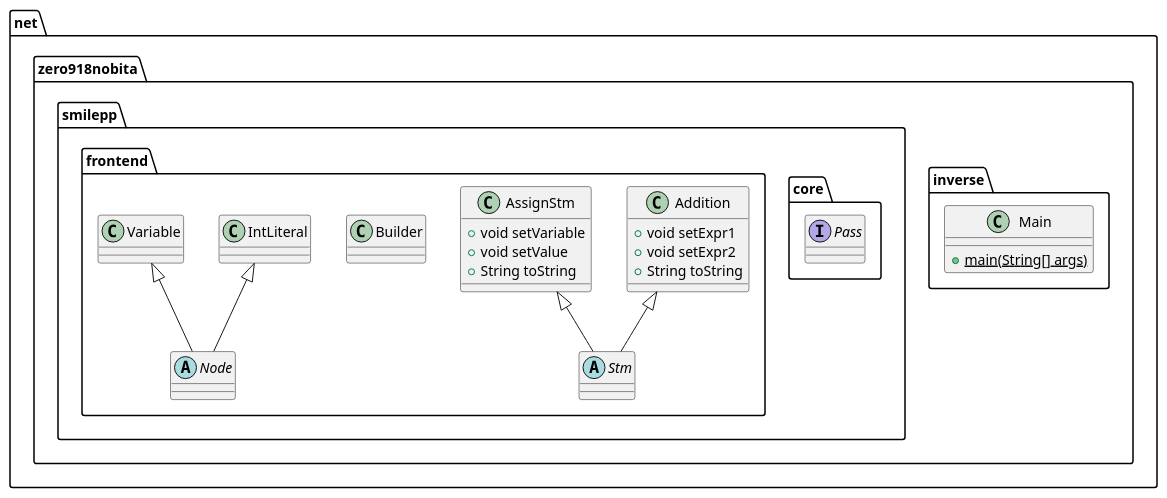
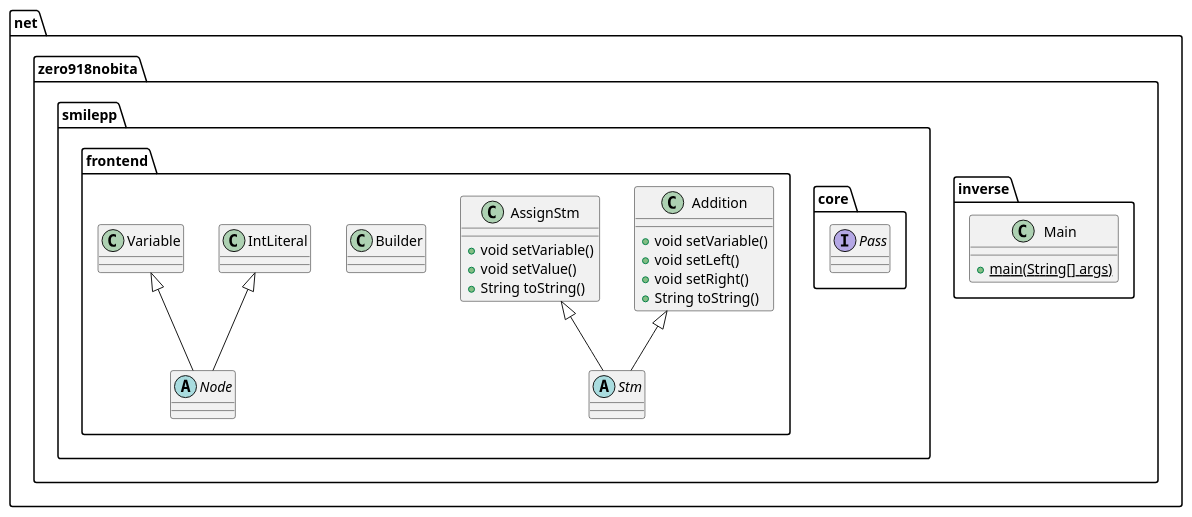
One commit to 0918nobita/Smile-pp changed the diagram in Smilepp/class_diagram.puml. Above: the diagram before and after it, drawn with PlantUML. The commit also changed 2 other files, not shown here.

```diff
--- a/Smilepp/class_diagram.puml
+++ b/Smilepp/class_diagram.puml
@@ -1,41 +1,42 @@
 @startuml
 
 package net.zero918nobita {
   package inverse {
     class Main {
       + {static} main(String[] args)
     }
   }
 
   package smilepp {
     package core {
       interface Pass
     }
 
     package frontend {
       class Addition {
-        + void setExpr1
-        + void setExpr2
-        + String toString
+        + void setVariable()
+        + void setLeft()
+        + void setRight()
+        + String toString()
       }
 
       class AssignStm {
-        + void setVariable
-        + void setValue
-        + String toString
+        + void setVariable()
+        + void setValue()
+        + String toString()
       }
 
       class Builder
       class IntLiteral
       abstract class Node
       abstract class Stm
       class Variable
       Addition <|-- Stm
       AssignStm <|-- Stm
       IntLiteral <|-- Node
       Variable <|-- Node
     }
   }
 }
 
 @enduml
```
